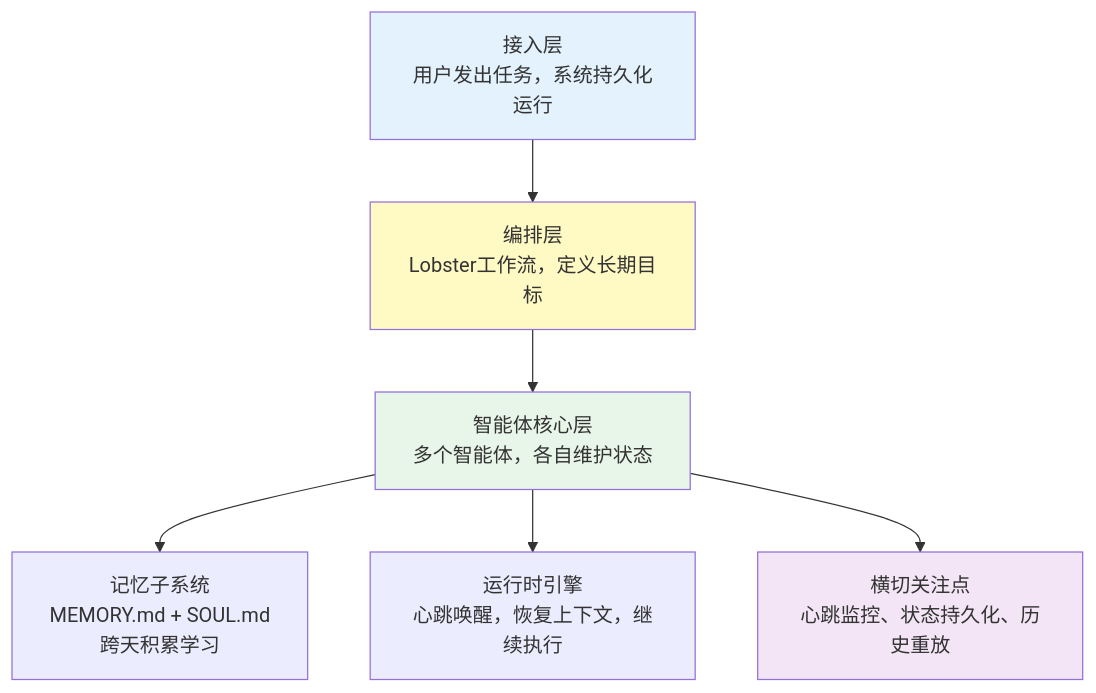
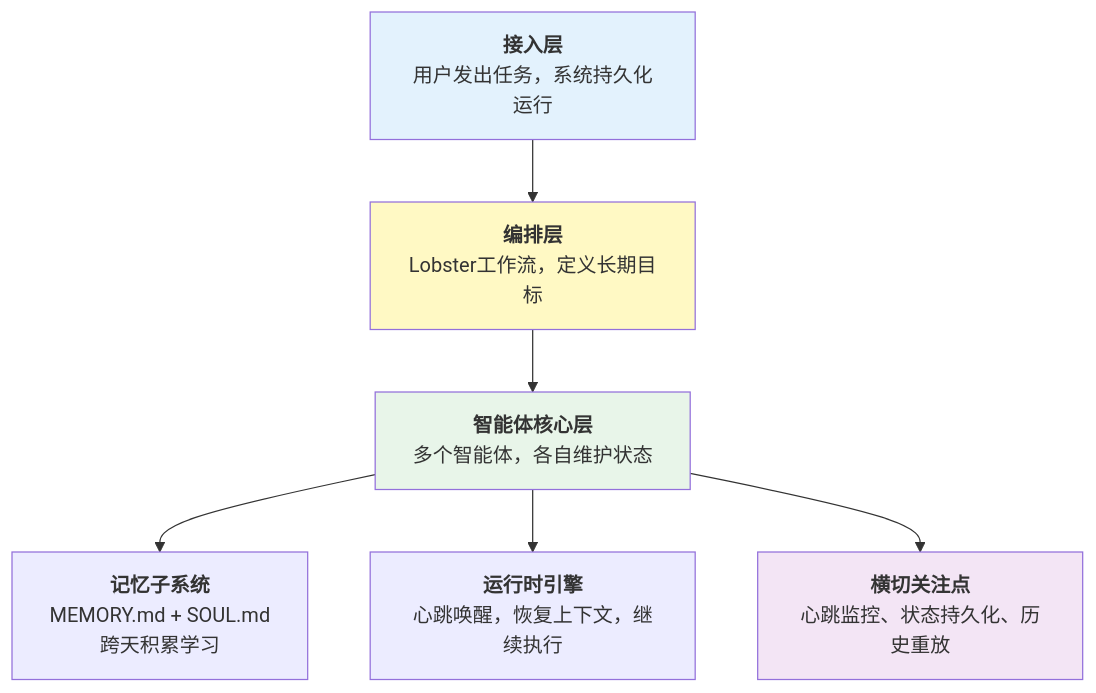
Before and after one commit to yeasy/harness_engineering_guide: the fifth of 5 diagrams in 02_architecture/2.1_reference_architecture.md, drawn with Mermaid. The commit also changed other lines of this file and 26 other files, not shown here.

Commit message:
Add bold titles to Mermaid diagram nodes

````diff
--- a/02_architecture/2.1_reference_architecture.md
+++ b/02_architecture/2.1_reference_architecture.md
@@ -327,13 +427,13 @@
 ```mermaid
 flowchart TD
-    A["接入层<br/>用户发出任务，系统持久化运行"] --> B["编排层<br/>Lobster工作流，定义长期目标"]
-    B --> C["智能体核心层<br/>多个智能体，各自维护状态"]
-    C --> D["记忆子系统<br/>MEMORY.md + SOUL.md<br/>跨天积累学习"]
-    C --> E["运行时引擎<br/>心跳唤醒，恢复上下文，继续执行"]
-    C --> F["横切关注点<br/>心跳监控、状态持久化、历史重放"]
+    A["<b>接入层</b><br/>用户发出任务，系统持久化运行"] --> B["<b>编排层</b><br/>Lobster工作流，定义长期目标"]
+    B --> C["<b>智能体核心层</b><br/>多个智能体，各自维护状态"]
+    C --> D["<b>记忆子系统</b><br/>MEMORY.md + SOUL.md<br/>跨天积累学习"]
+    C --> E["<b>运行时引擎</b><br/>心跳唤醒，恢复上下文，继续执行"]
+    C --> F["<b>横切关注点</b><br/>心跳监控、状态持久化、历史重放"]
 
     style A fill:#e3f2fd
     style B fill:#fff9c4
     style C fill:#e8f5e9
     style F fill:#f3e5f5
 ```
````
